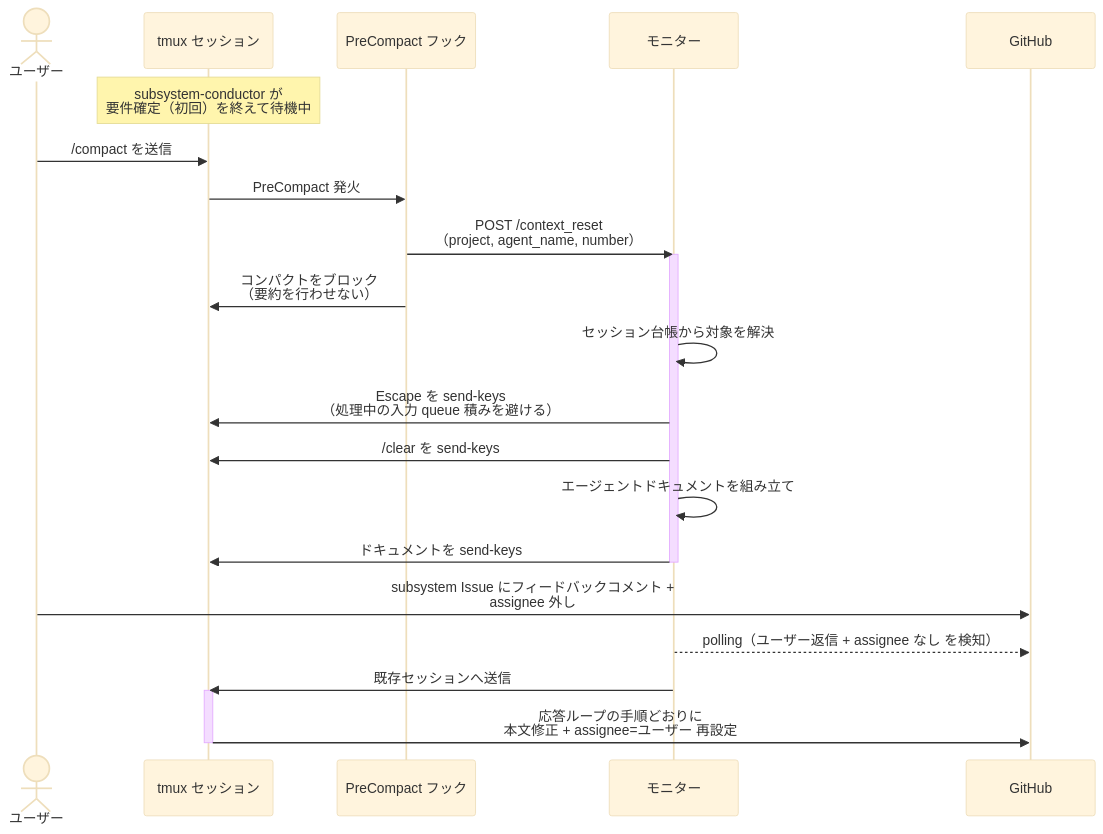
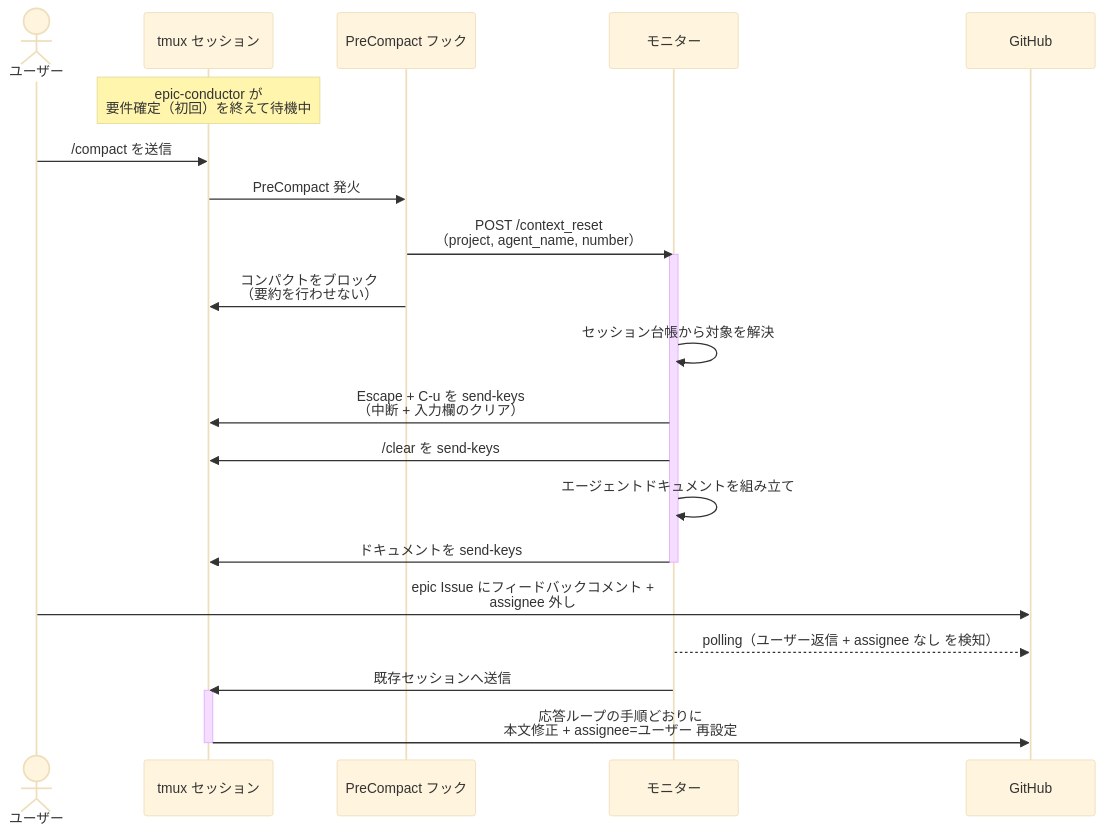
The first of 2 diagrams in docs/wiki/設計図/シナリオ/単一ユースケース/コンテキスト上限時のリセット.md (shuhei1101/ai-monitor), drawn with Mermaid (base theme) before and after one commit. The commit also changed other lines of this file and 13 other files, not shown here.

````diff
--- a/docs/wiki/設計図/シナリオ/単一ユースケース/コンテキスト上限時のリセット.md
+++ b/docs/wiki/設計図/シナリオ/単一ユースケース/コンテキスト上限時のリセット.md
@@ -37,28 +37,28 @@
 ```mermaid
 sequenceDiagram
   actor U as ユーザー
   participant TMUX as tmux セッション
   participant HOOK as PreCompact フック
   participant ORC as モニター
   participant GH as GitHub
 
-  Note over TMUX: subsystem-conductor が<br>要件確定（初回）を終えて待機中
+  Note over TMUX: epic-conductor が<br>要件確定（初回）を終えて待機中
   U->>TMUX: /compact を送信
   TMUX->>HOOK: PreCompact 発火
   HOOK->>ORC: POST /context_reset<br>（project, agent_name, number）
   activate ORC
   HOOK->>TMUX: コンパクトをブロック<br>（要約を行わせない）
   ORC->>ORC: セッション台帳から対象を解決
-  ORC->>TMUX: Escape を send-keys<br>（処理中の入力 queue 積みを避ける）
+  ORC->>TMUX: Escape + C-u を send-keys<br>（中断 + 入力欄のクリア）
   ORC->>TMUX: /clear を send-keys
   ORC->>ORC: エージェントドキュメントを組み立て
   ORC->>TMUX: ドキュメントを send-keys
   deactivate ORC
 
-  U->>GH: subsystem Issue にフィードバックコメント +<br>assignee 外し
+  U->>GH: epic Issue にフィードバックコメント +<br>assignee 外し
   ORC-->>GH: polling（ユーザー返信 + assignee なし を検知）
   ORC->>TMUX: 既存セッションへ送信
   activate TMUX
   TMUX->>GH: 応答ループの手順どおりに<br>本文修正 + assignee=ユーザー 再設定
   deactivate TMUX
 ```
````
